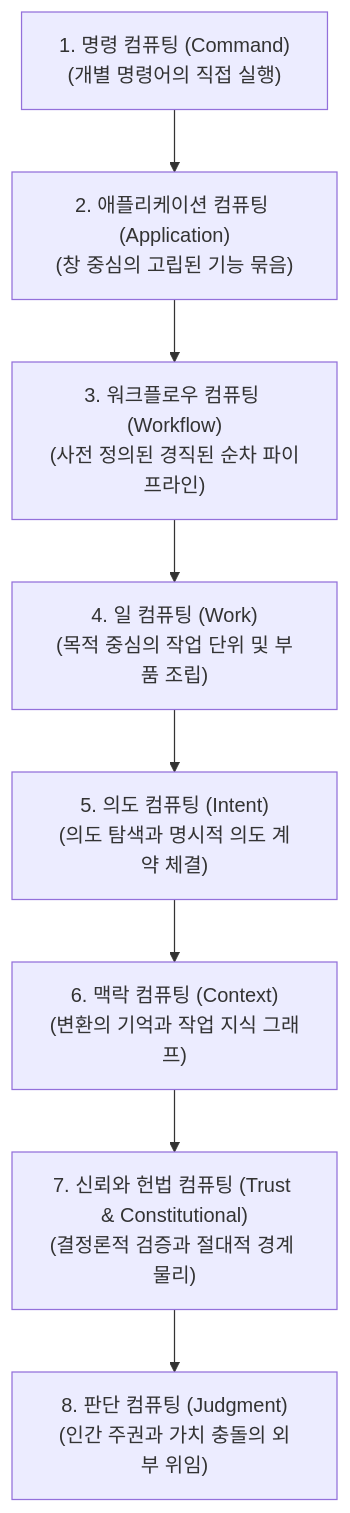
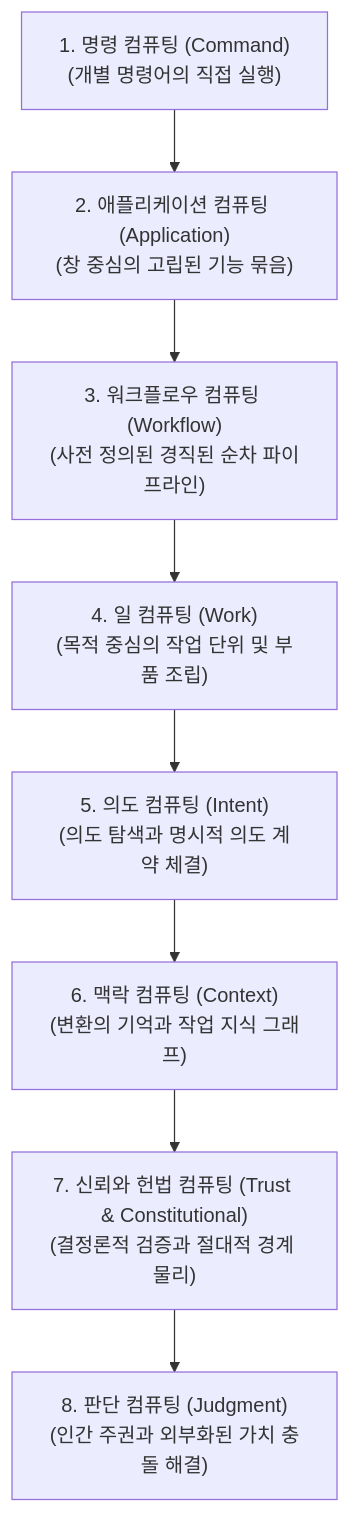
The first of 3 diagrams in ARCHITECTURE.Ko.md (kocean-dev/judgment-computing), drawn with Mermaid before and after one commit. The commit also changed other lines of this file and 6 other files, not shown here.

````diff
--- a/ARCHITECTURE.Ko.md
+++ b/ARCHITECTURE.Ko.md
@@ -16,10 +17,10 @@
 ```mermaid
 graph TD
     A["1. 명령 컴퓨팅 (Command)<br>(개별 명령어의 직접 실행)"] --> B["2. 애플리케이션 컴퓨팅 (Application)<br>(창 중심의 고립된 기능 묶음)"]
     B --> C["3. 워크플로우 컴퓨팅 (Workflow)<br>(사전 정의된 경직된 순차 파이프라인)"]
     C --> D["4. 일 컴퓨팅 (Work)<br>(목적 중심의 작업 단위 및 부품 조립)"]
     D --> E["5. 의도 컴퓨팅 (Intent)<br>(의도 탐색과 명시적 의도 계약 체결)"]
     E --> F["6. 맥락 컴퓨팅 (Context)<br>(변환의 기억과 작업 지식 그래프)"]
     F --> G["7. 신뢰와 헌법 컴퓨팅 (Trust & Constitutional)<br>(결정론적 검증과 절대적 경계 물리)"]
-    G --> H["8. 판단 컴퓨팅 (Judgment)<br>(인간 주권과 가치 충돌의 외부 위임)"]
+    G --> H["8. 판단 컴퓨팅 (Judgment)<br>(인간 주권과 외부화된 가치 충돌 해결)"]
 ```
````
